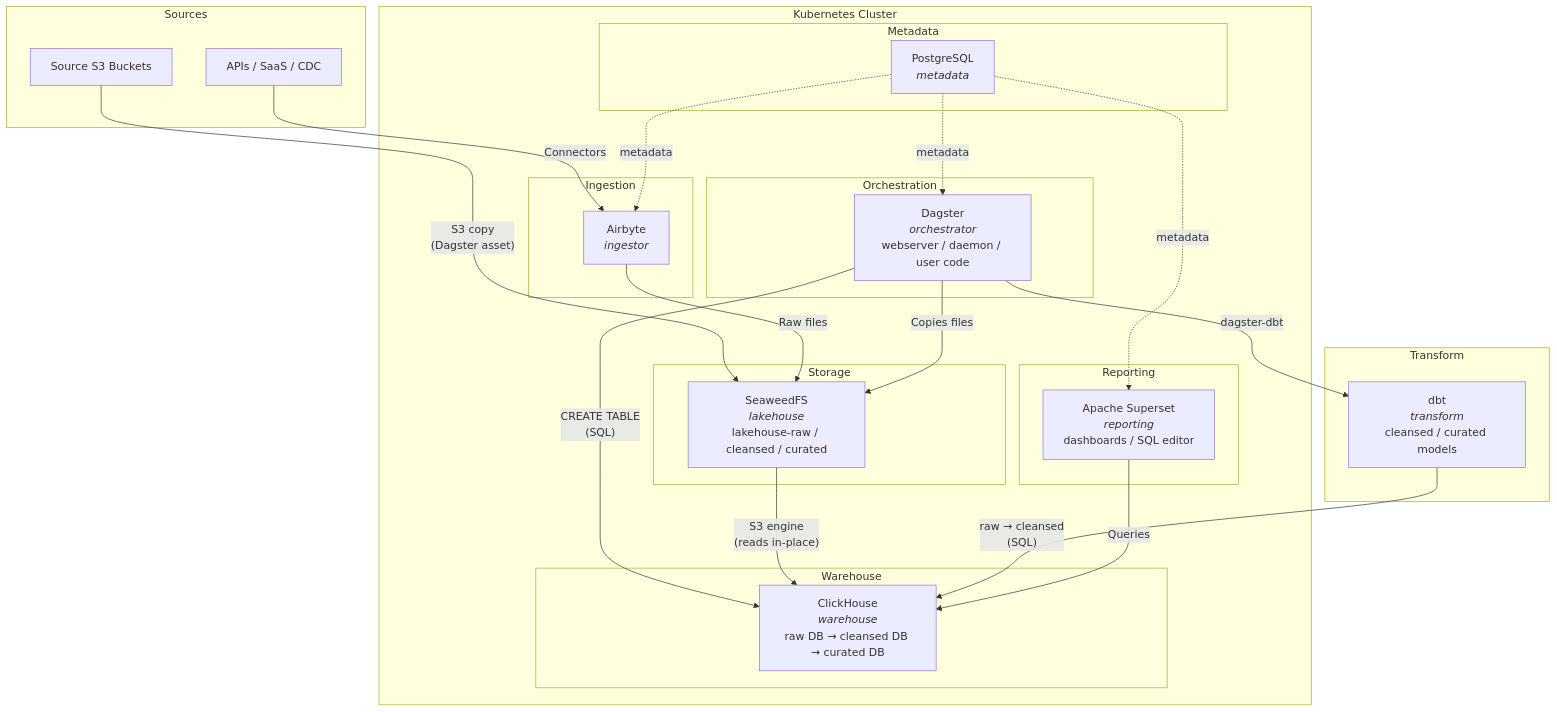
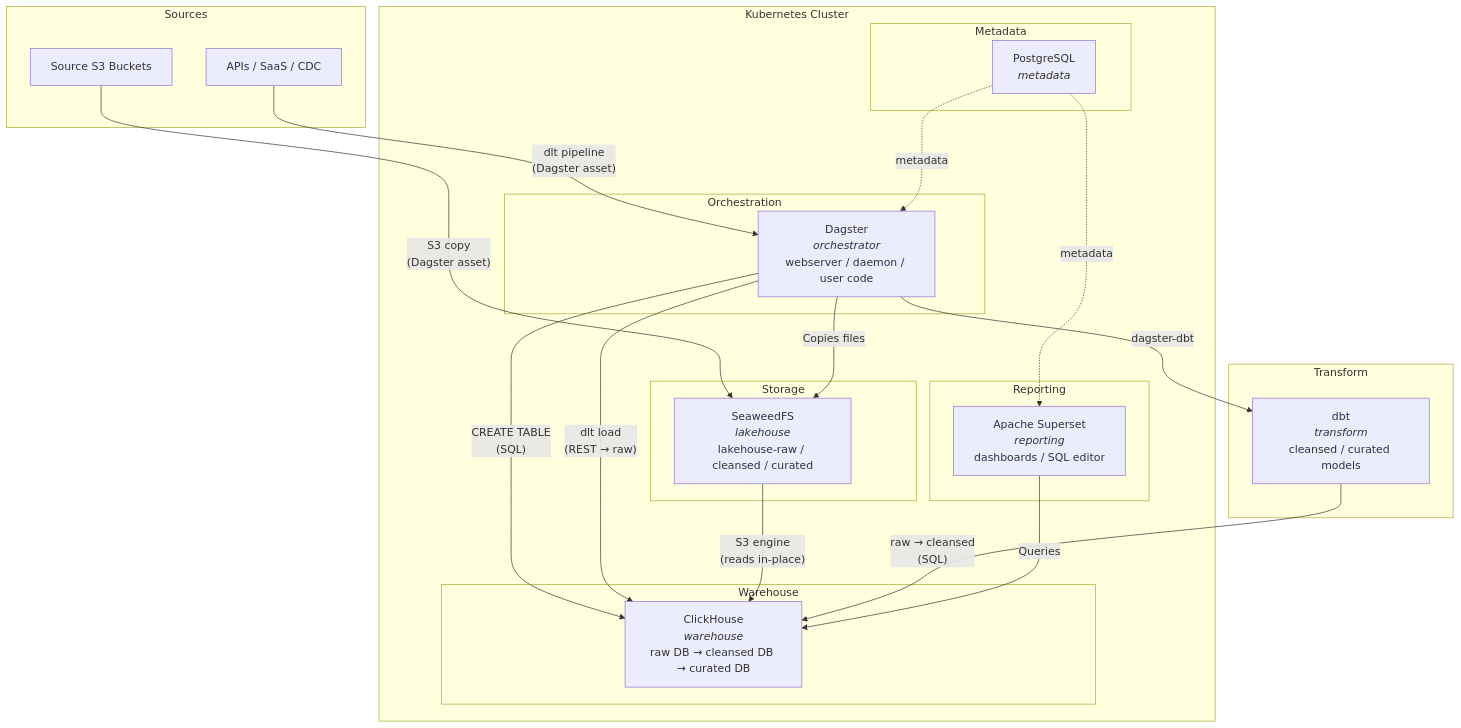
The diagram in README.md (dfunto/os-data-platform), drawn with Mermaid before and after one commit. The commit also changed other lines of this file and 29 other files, not shown here.

Commit message:
dropped airbyte, using dlt now

````diff
--- a/README.md
+++ b/README.md
@@ -20,50 +20,45 @@
 ```mermaid
 graph TB
     subgraph Sources
         S3["Source S3 Buckets"]
         API["APIs / SaaS / CDC"]
     end
 
     subgraph K8s["Kubernetes Cluster"]
         subgraph Orchestration
             Dagster["Dagster<br/><i>orchestrator</i><br/>webserver / daemon / user code"]
         end
 
         subgraph Storage
             SeaweedFS["SeaweedFS<br/><i>lakehouse</i><br/>lakehouse-raw / cleansed / curated"]
         end
 
         subgraph Warehouse
             ClickHouse["ClickHouse<br/><i>warehouse</i><br/>raw DB → cleansed DB → curated DB"]
         end
 
-        subgraph Ingestion
-            Airbyte["Airbyte<br/><i>ingestor</i>"]
-        end
-
         subgraph Reporting
             Superset["Apache Superset<br/><i>reporting</i><br/>dashboards / SQL editor"]
         end
 
         subgraph Metadata
             Postgres["PostgreSQL<br/><i>metadata</i>"]
         end
     end
 
     subgraph Transform
         dbt["dbt<br/><i>transform</i><br/>cleansed / curated models"]
     end
 
     S3 -- "S3 copy<br/>(Dagster asset)" --> SeaweedFS
-    API -- "Connectors" --> Airbyte
-    Airbyte -- "Raw files" --> SeaweedFS
+    API -- "dlt pipeline<br/>(Dagster asset)" --> Dagster
     Dagster -- "Copies files" --> SeaweedFS
     Dagster -- "CREATE TABLE<br/>(SQL)" --> ClickHouse
+    Dagster -- "dlt load<br/>(REST → raw)" --> ClickHouse
     SeaweedFS -- "S3 engine<br/>(reads in-place)" --> ClickHouse
     Dagster -- "dagster-dbt" --> dbt
     dbt -- "raw → cleansed<br/>(SQL)" --> ClickHouse
     Superset -- "Queries" --> ClickHouse
     Postgres -. "metadata" .-> Dagster
-    Postgres -. "metadata" .-> Airbyte
     Postgres -. "metadata" .-> Superset
 ```
````
